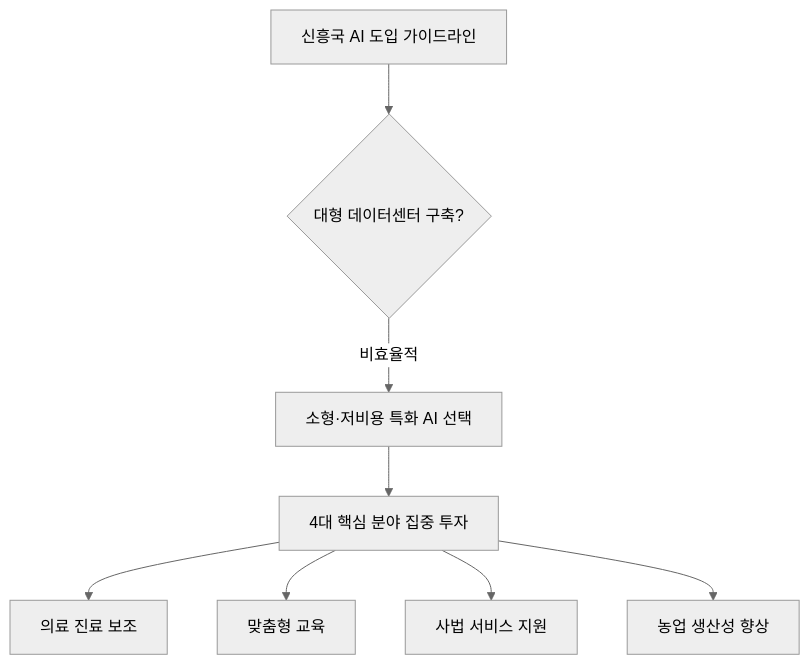
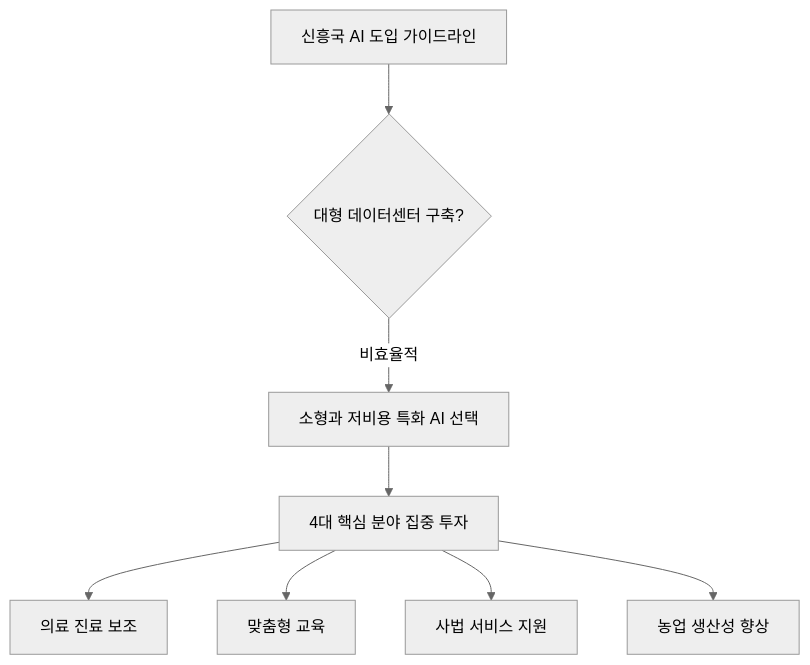
One commit to jjxxmiin/jjxxmiin.github.io changed the third of 3 diagrams in _posts/2026-08-05-world-bank-wdr-2026-highlights-small-ai-models-for-developing-economies.md. Above: the diagram before and after it, drawn with Mermaid (neutral theme). The commit also changed other lines of this file and 624 other files, not shown here.

````diff
--- a/_posts/2026-08-05-world-bank-wdr-2026-highlights-small-ai-models-for-developing-economies.md
+++ b/_posts/2026-08-05-world-bank-wdr-2026-highlights-small-ai-models-for-developing-economies.md
@@ -131,10 +135,10 @@
 ```mermaid
 flowchart TD
     A[신흥국 AI 도입 가이드라인] --> B{대형 데이터센터 구축?}
-    B -->|비효율적| C[소형·저비용 특화 AI 선택]
+    B -->|비효율적| C[소형과 저비용 특화 AI 선택]
     C --> D[4대 핵심 분야 집중 투자]
     D --> E[의료 진료 보조]
     D --> F[맞춤형 교육]
     D --> G[사법 서비스 지원]
     D --> H[농업 생산성 향상]
 ```
````
